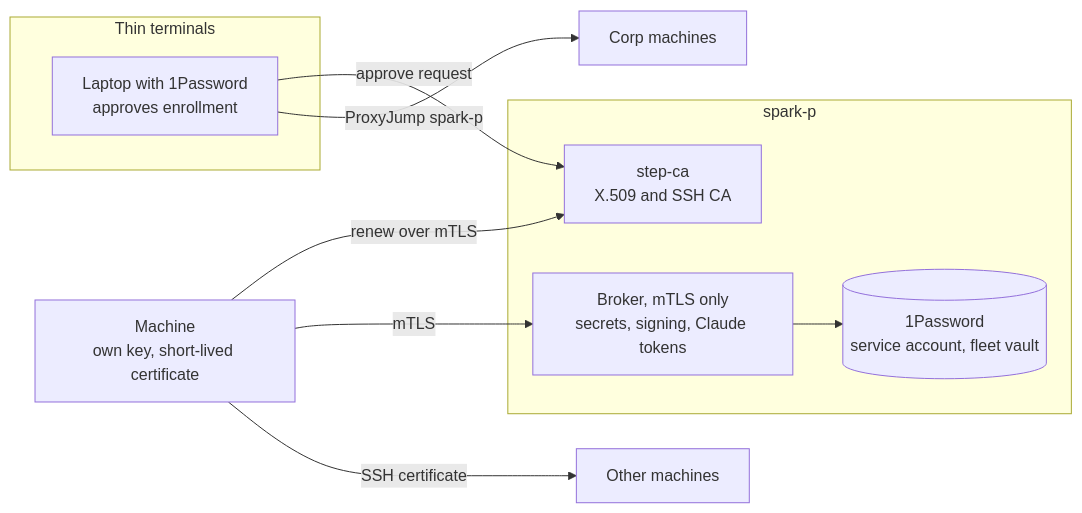
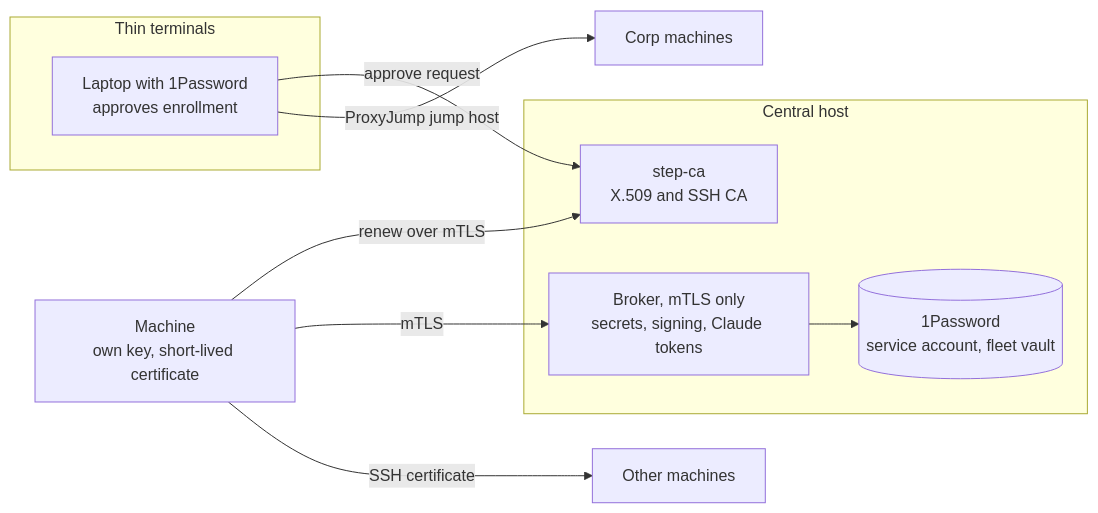
Before and after one commit to ryanolson/dynamo-dotfiles: the diagram in agent-docs/fleet-identity.md, drawn with Mermaid. The commit also changed other lines of this file and 1 other file, not shown here.

````diff
--- a/agent-docs/fleet-identity.md
+++ b/agent-docs/fleet-identity.md
@@ -32,18 +32,18 @@
 ```mermaid
 flowchart LR
   subgraph thin[Thin terminals]
     L[Laptop with 1Password<br/>approves enrollment]
   end
-  subgraph central[spark-p]
+  subgraph central[Central host]
     CA[step-ca<br/>X.509 and SSH CA]
     BR[Broker, mTLS only<br/>secrets, signing, Claude tokens]
     OP[(1Password<br/>service account, fleet vault)]
     BR --> OP
   end
   N[Machine<br/>own key, short-lived certificate]
   L -- approve request --> CA
   N -- renew over mTLS --> CA
   N -- mTLS --> BR
   N -- SSH certificate --> M[Other machines]
-  L -- ProxyJump spark-p --> C[Corp machines]
+  L -- ProxyJump jump host --> C[Corp machines]
 ```
````
